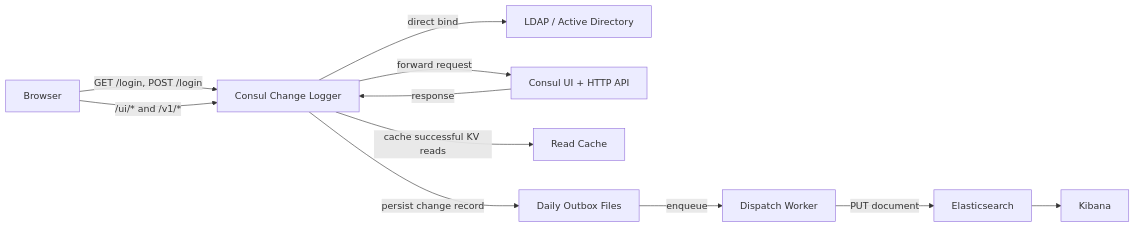
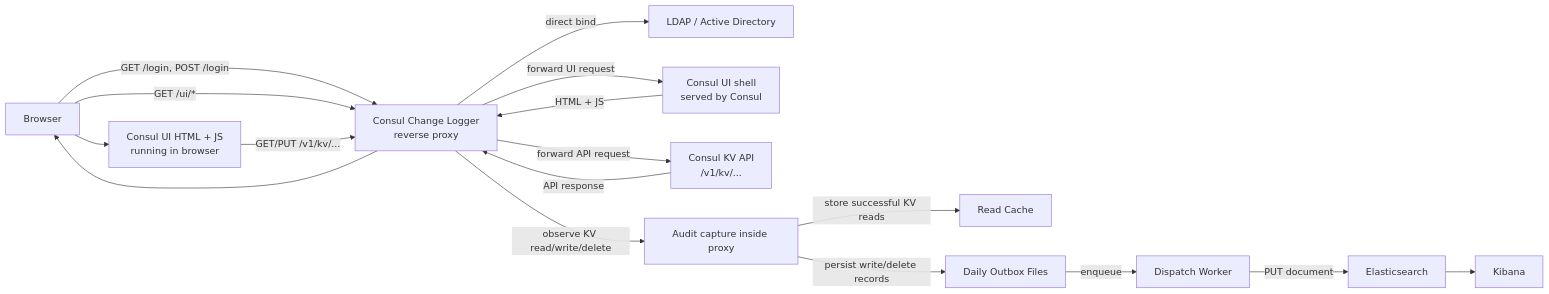
The diagram in README.md (sinanakyazici/ConsulChangeLogger), drawn with Mermaid before and after one commit. The commit also changed other lines of this file and 3 other files, not shown here.

````diff
--- a/README.md
+++ b/README.md
@@ -30,23 +30,32 @@
 ```mermaid
 flowchart LR
     browser["Browser"]
-    proxy["Consul Change Logger"]
+    ui["Consul UI HTML + JS<br/>running in browser"]
+    proxy["Consul Change Logger<br/>reverse proxy"]
     ldap["LDAP / Active Directory"]
-    consul["Consul UI + HTTP API"]
+    consulUi["Consul UI shell<br/>served by Consul"]
+    consulApi["Consul KV API<br/>/v1/kv/..."]
+    audit["Audit capture inside proxy"]
     cache["Read Cache"]
     outbox["Daily Outbox Files"]
     worker["Dispatch Worker"]
     elastic["Elasticsearch"]
     kibana["Kibana"]
 
     browser -->|GET /login, POST /login| proxy
     proxy -->|direct bind| ldap
-    browser -->|/ui/* and /v1/*| proxy
-    proxy -->|forward request| consul
-    consul -->|response| proxy
-    proxy -->|cache successful KV reads| cache
-    proxy -->|persist change record| outbox
+    browser -->|GET /ui/*| proxy
+    proxy -->|forward UI request| consulUi
+    consulUi -->|HTML + JS| proxy
+    proxy --> browser
+    browser --> ui
+    ui -->|GET/PUT /v1/kv/...| proxy
+    proxy -->|forward API request| consulApi
+    consulApi -->|API response| proxy
+    proxy -->|observe KV read/write/delete| audit
+    audit -->|store successful KV reads| cache
+    audit -->|persist write/delete records| outbox
     outbox -->|enqueue| worker
     worker -->|PUT document| elastic
     elastic --> kibana
 ```
````
